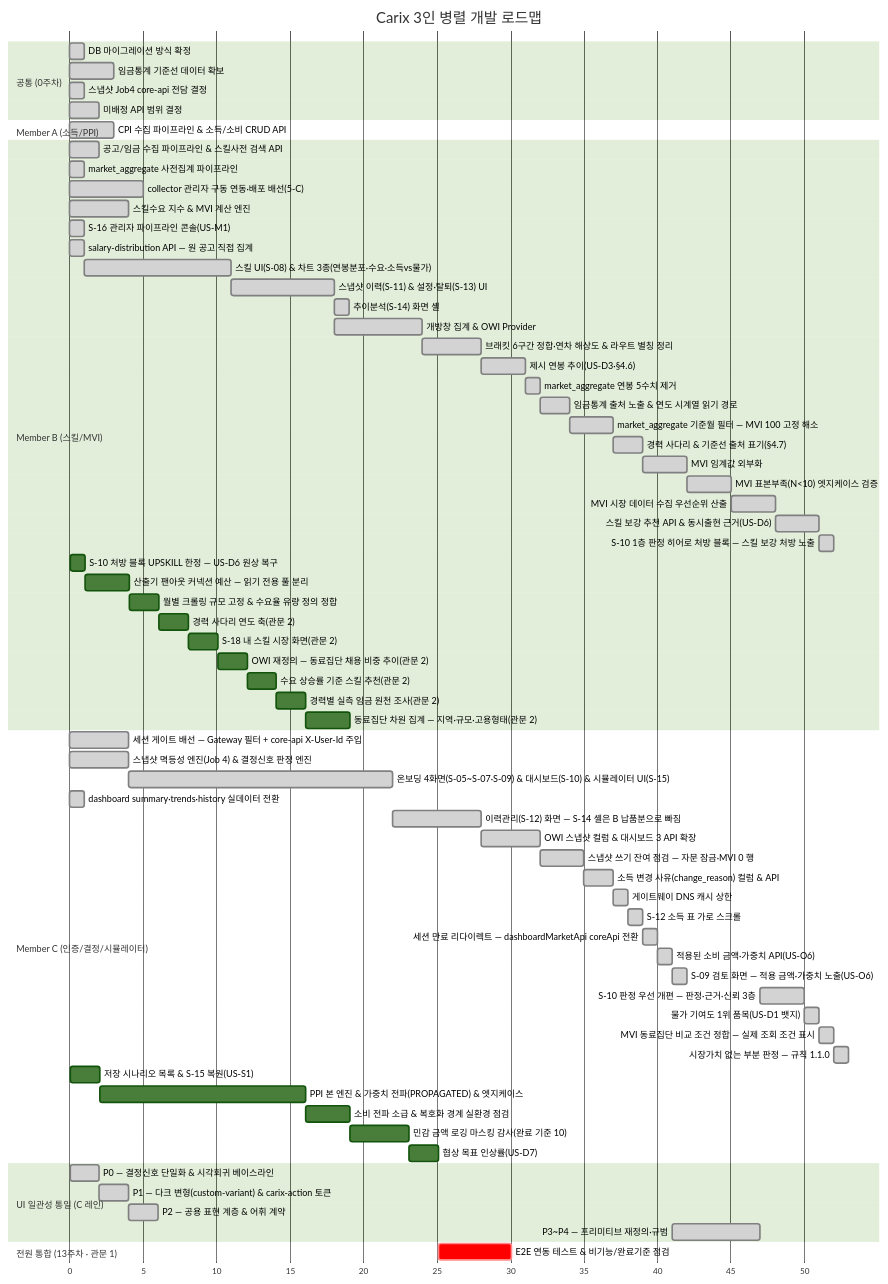
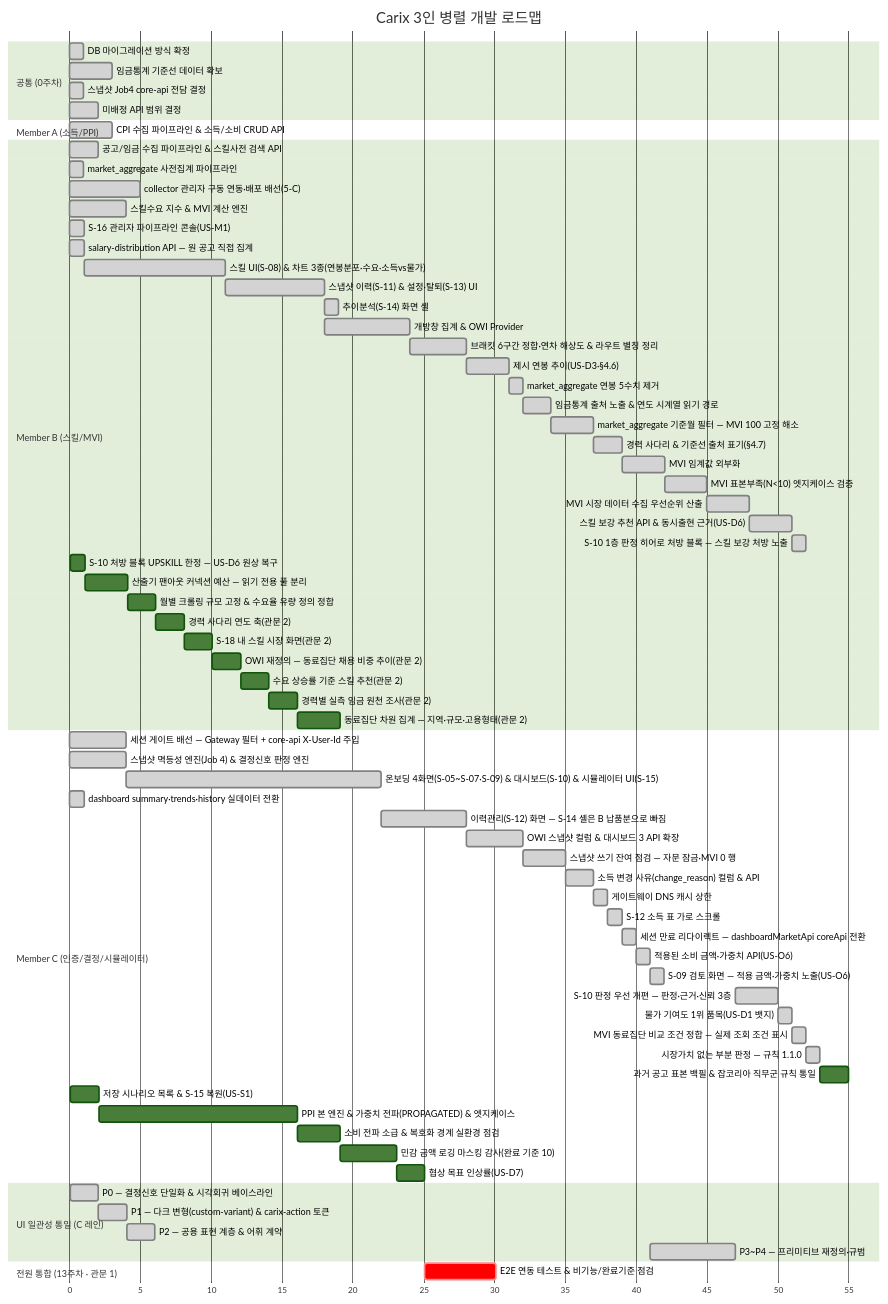
One commit to SeoHyeokGyu/Carix changed the first of 2 diagrams in docs/plans/carix-dev-plan.md. Above: the diagram before and after it, drawn with Mermaid (forest theme). The commit also changed other lines of this file and 1 other file, not shown here.

Commit message:
docs: 과거 공고 표본 백필과 잡코리아 직무군 규칙을 데이터 아키텍처·개발 계획에 반영한다

````diff
--- a/docs/plans/carix-dev-plan.md
+++ b/docs/plans/carix-dev-plan.md
@@ -94,74 +94,75 @@
 ```mermaid
 gantt
     title Carix 3인 병렬 개발 로드맵
     dateFormat X
     axisFormat %s
     section 공통 (0주차)
     DB 마이그레이션 방식 확정 :done, c0a, 0, 1s
     임금통계 기준선 데이터 확보 :done, a0, 3, 3s
     스냅샷 Job4 core-api 전담 결정 :done, i0, 7, 1s
     미배정 API 범위 결정 :done, c0, 7, 2s
     section Member A (소득/PPI)
     CPI 수집 파이프라인 & 소득/소비 CRUD API :done, a1, 12, 3s
     section Member B (스킬/MVI)
     공고/임금 수집 파이프라인 & 스킬사전 검색 API :done, b1, 2, 2s
     market_aggregate 사전집계 파이프라인 :done, b2a, 3, 1s
     collector 관리자 구동 연동·배포 배선(5-C) :done, b0, 7, 5s
     스킬수요 지수 & MVI 계산 엔진 :done, b2, 8, 4s
     S-16 관리자 파이프라인 콘솔(US-M1) :done, b16, 14, 1s
     salary-distribution API — 원 공고 직접 집계 :done, b3a, 15, 1s
     스킬 UI(S-08) & 차트 3종(연봉분포·수요·소득vs물가) :done, b3, after b3a, 10s
     스냅샷 이력(S-11) & 설정·탈퇴(S-13) UI :done, b4, after b3, 7s
     추이분석(S-14) 화면 셸 :done, b4a, after b4, 1s
     개방창 집계 & OWI Provider :done, b6, after b4, 6s
     브래킷 6구간 정합·연차 해상도 & 라우트 별칭 정리 :done, b7, after b6, 4s
     제시 연봉 추이(US-D3·§4.6) :done, b10, after b7, 3s
     market_aggregate 연봉 5수치 제거 :done, b11, after b10, 1s
     임금통계 출처 노출 & 연도 시계열 읽기 경로 :done, b13, after b11, 2s
     market_aggregate 기준월 필터 — MVI 100 고정 해소 :done, b18, after b13, 3s
     경력 사다리 & 기준선 출처 표기(§4.7) :done, b12, after b18, 2s
     MVI 임계값 외부화 :done, b8, after b12, 3s
     MVI 표본부족(N<10) 엣지케이스 검증 :done, b8a, after b8, 3s
     MVI 시장 데이터 수집 우선순위 산출 :done, b8b, after b8a, 3s
     스킬 보강 추천 API & 동시출현 근거(US-D6) :done, b9, after b8b, 3s
     S-10 1층 판정 히어로 처방 블록 — 스킬 보강 처방 노출 :done, b15, after b9, 1s
     S-10 처방 블록 UPSKILL 한정 — US-D6 원상 복구 :b20, 83, 1s
     산출기 팬아웃 커넥션 예산 — 읽기 전용 풀 분리 :b17, after b20, 3s
     월별 크롤링 규모 고정 & 수요율 유량 정의 정합 :b21, after b17, 2s
     경력 사다리 연도 축(관문 2) :b14, after b21, 2s
     S-18 내 스킬 시장 화면(관문 2) :b19, after b14, 2s
     OWI 재정의 — 동료집단 채용 비중 추이(관문 2) :b22, after b19, 2s
     수요 상승률 기준 스킬 추천(관문 2) :b23, after b22, 2s
     경력별 실측 임금 원천 조사(관문 2) :b24, after b23, 2s
     동료집단 차원 집계 — 지역·규모·고용형태(관문 2) :b25, after b24, 3s
     section Member C (인증/결정/시뮬레이터)
     세션 게이트 배선 — Gateway 필터 + core-api X-User-Id 주입 :done, c0b, 7, 4s
     스냅샷 멱등성 엔진(Job 4) & 결정신호 판정 엔진 :done, c2, 8, 4s
     온보딩 4화면(S-05~S-07·S-09) & 대시보드(S-10) & 시뮬레이터 UI(S-15) :done, c3, after c2, 18s
     dashboard summary·trends·history 실데이터 전환 :done, c4a, 15, 1s
     이력관리(S-12) 화면 — S-14 셸은 B 납품분으로 빠짐 :done, c4, after c3, 6s
     OWI 스냅샷 컬럼 & 대시보드 3 API 확장 :done, c6, after c4, 4s
     스냅샷 쓰기 잔여 점검 — 자문 잠금·MVI 0 행 :done, c5, after c6, 3s
     소득 변경 사유(change_reason) 컬럼 & API :done, c10, after c5, 2s
     게이트웨이 DNS 캐시 상한 :done, c7, after c10, 1s
     S-12 소득 표 가로 스크롤 :done, c13, after c7, 1s
     세션 만료 리다이렉트 — dashboardMarketApi coreApi 전환 :done, c16, after c13, 1s
     적용된 소비 금액·가중치 API(US-O6) :done, c11, after c16, 1s
     S-09 검토 화면 — 적용 금액·가중치 노출(US-O6) :done, c17, after c11, 1s
     S-10 판정 우선 개편 — 판정·근거·신뢰 3층 :done, c15, after ui3, 3s
     물가 기여도 1위 품목(US-D1 뱃지) :done, c12, after c15, 1s
     MVI 동료집단 비교 조건 정합 — 실제 조회 조건 표시 :done, c22, after c12, 1s
     시장가치 없는 부분 판정 — 규칙 1.1.0 :done, c23, after c22, 1s
+    과거 공고 표본 백필 & 잡코리아 직무군 규칙 통일 :c24, after c23, 2s
     저장 시나리오 목록 & S-15 복원(US-S1) :c9, 83, 2s
     PPI 본 엔진 & 가중치 전파(PROPAGATED) & 엣지케이스 :a2, after c9, 14s
     소비 전파 소급 & 복호화 경계 실환경 점검 :a12, after a2, 3s
     민감 금액 로깅 마스킹 감사(완료 기준 10) :a7, after a12, 4s
     협상 목표 인상률(US-D7) :c8, after a7, 2s
     section UI 일관성 통일 (C 레인)
     P0 — 결정신호 단일화 & 시각회귀 베이스라인 :done, ui0, 33, 2s
     P1 — 다크 변형(custom-variant) & carix-action 토큰 :done, ui1, after ui0, 2s
     P2 — 공용 표현 계층 & 어휘 계약 :done, ui2, after ui1, 2s
     P3~P4 — 프리미티브 재정의·규범 :done, ui3, after c11, 6s
     section 전원 통합 (13주차 · 관문 1)
     E2E 연동 테스트 & 비기능/완료기준 점검 :crit, e2e, after b21 c8, 5s
 ```
````
